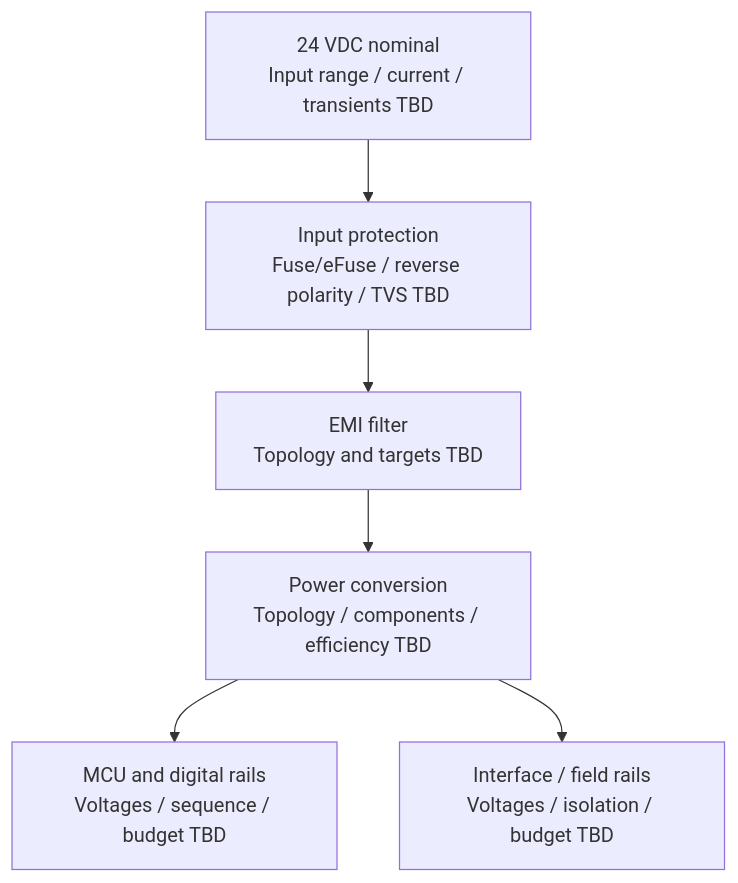
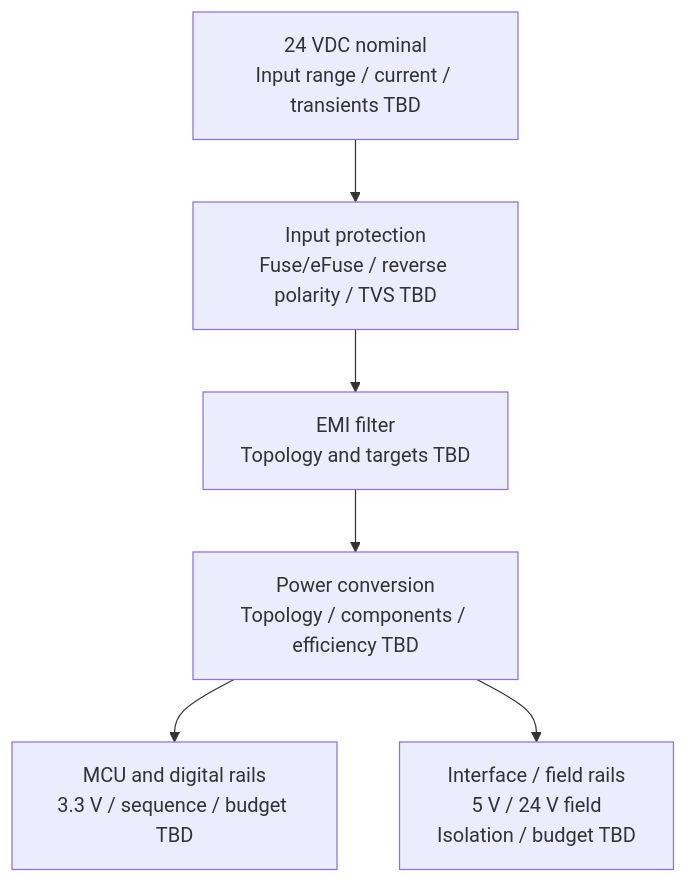
The third of 3 diagrams in docs/industrial_linux_gateway_requirements.md (anhenaobe/industrial-comunication-gateway), drawn with Mermaid before and after one commit. The commit also changed other lines of this file and 4 other files, not shown here.

````diff
--- a/docs/industrial_linux_gateway_requirements.md
+++ b/docs/industrial_linux_gateway_requirements.md
@@ -283,15 +284,15 @@
 ```mermaid
 flowchart TB
     VIN["24 VDC nominal<br/>Input range / current / transients TBD"]
     PROT["Input protection<br/>Fuse/eFuse / reverse polarity / TVS TBD"]
     EMI["EMI filter<br/>Topology and targets TBD"]
     CONV["Power conversion<br/>Topology / components / efficiency TBD"]
-    MCU_RAILS["MCU and digital rails<br/>Voltages / sequence / budget TBD"]
-    FIELD_RAILS["Interface / field rails<br/>Voltages / isolation / budget TBD"]
+    MCU_RAILS["MCU and digital rails<br/>3.3 V / sequence / budget TBD"]
+    FIELD_RAILS["Interface / field rails<br/>5 V / 24 V field<br/>Isolation / budget TBD"]
 
     VIN --> PROT
     PROT --> EMI
     EMI --> CONV
     CONV --> MCU_RAILS
     CONV --> FIELD_RAILS
 ```
````
